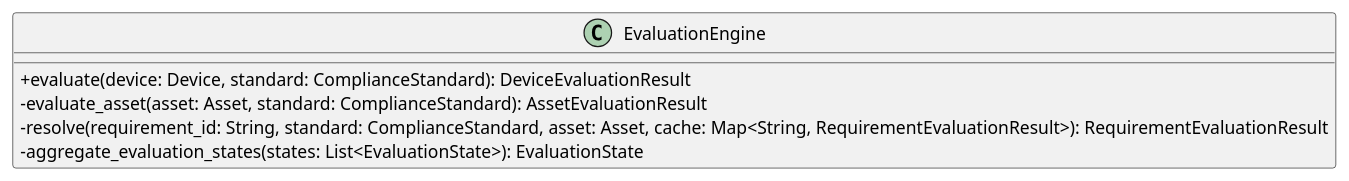
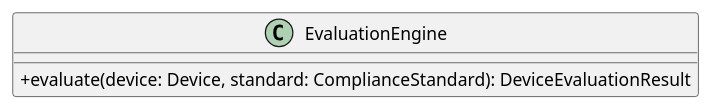
One commit to GroupRubberDuck/Documentazione changed the diagram in src/PB/DocumentazioneEsterna/Specifica_Tecnica/content/05-diagrammi-classi/uml/puml/Backend/Domain/EvaluationEngine.puml. Above: the diagram before and after it, drawn with PlantUML. The commit also changed 70 other files, not shown here.

```diff
--- a/src/PB/DocumentazioneEsterna/Specifica_Tecnica/content/05-diagrammi-classi/uml/puml/Backend/Domain/EvaluationEngine.puml
+++ b/src/PB/DocumentazioneEsterna/Specifica_Tecnica/content/05-diagrammi-classi/uml/puml/Backend/Domain/EvaluationEngine.puml
@@ -1,11 +1,11 @@
 @startuml EvaluationEngine
 skinparam ClassAttributeIconSize 0
 class EvaluationEngine {
  
     + evaluate(device: Device, standard: ComplianceStandard): DeviceEvaluationResult
-    - evaluate_asset(asset: Asset, standard: ComplianceStandard): AssetEvaluationResult
-    - resolve(requirement_id: String, standard: ComplianceStandard, asset: Asset, cache: Map<String, RequirementEvaluationResult>): RequirementEvaluationResult
-    - aggregate_evaluation_states(states: List<EvaluationState>): EvaluationState
+    '- evaluate_asset(asset: Asset, standard: ComplianceStandard): AssetEvaluationResult
+    '- resolve(requirement_id: String, standard: ComplianceStandard, asset: Asset, cache: Map<String, RequirementEvaluationResult>): RequirementEvaluationResult
+    '- aggregate_evaluation_states(states: List<EvaluationState>): EvaluationState
 }
 
 @enduml
```
